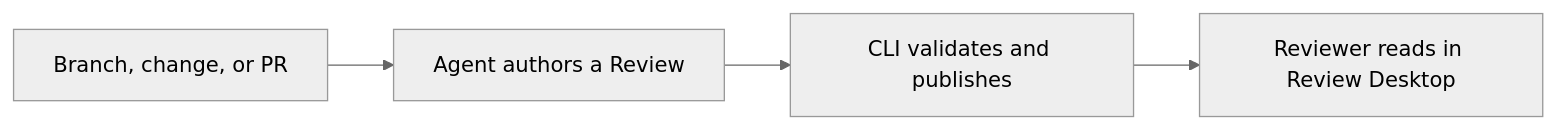
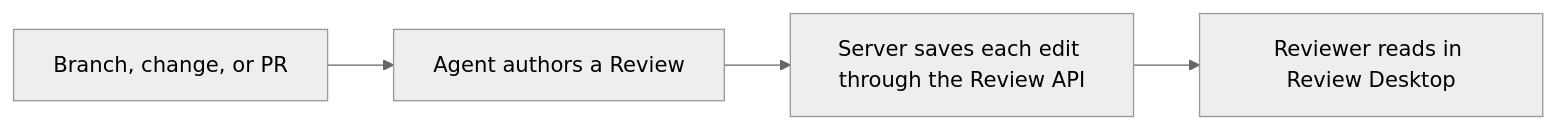
One commit to devdotfast/review changed the diagram in docs/how-review-works.md. Above: the diagram before and after it, drawn with Mermaid (neutral theme). The commit also changed other lines of this file and 2 other files, not shown here.

````diff
--- a/docs/how-review-works.md
+++ b/docs/how-review-works.md
@@ -11,6 +11,6 @@
 ```mermaid
 flowchart LR
   A[Branch, change, or PR] --> B[Agent authors a Review]
-  B --> C[CLI validates and publishes]
+  B --> C[Server saves each edit through the Review API]
   C --> D[Reviewer reads in Review Desktop]
 ```
````
